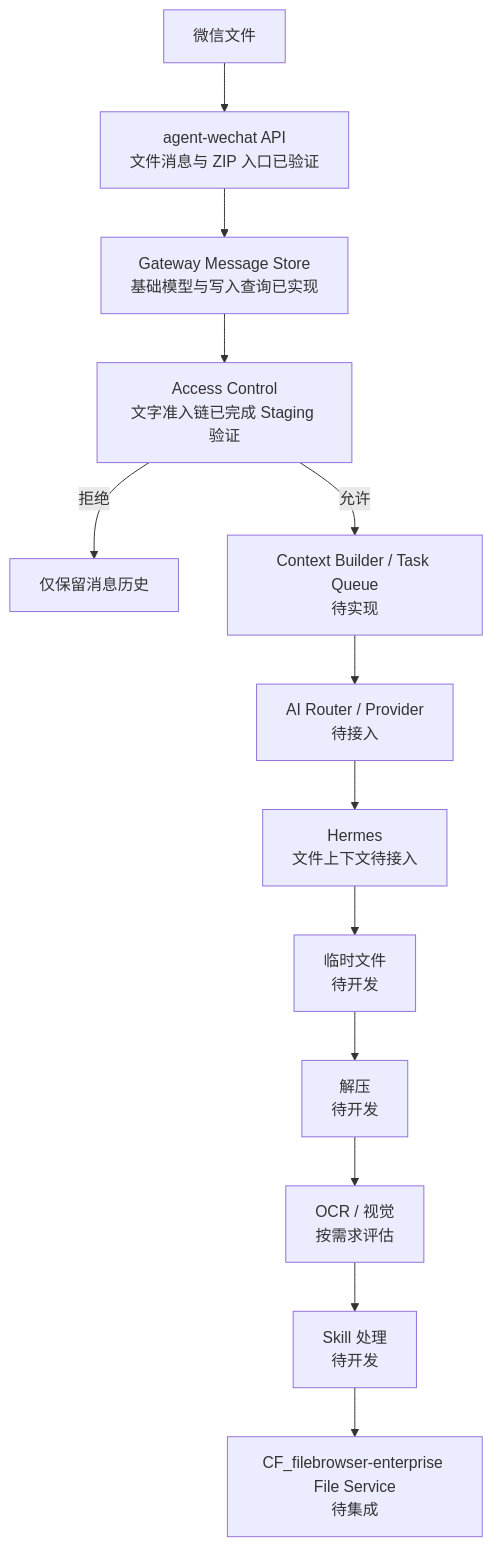
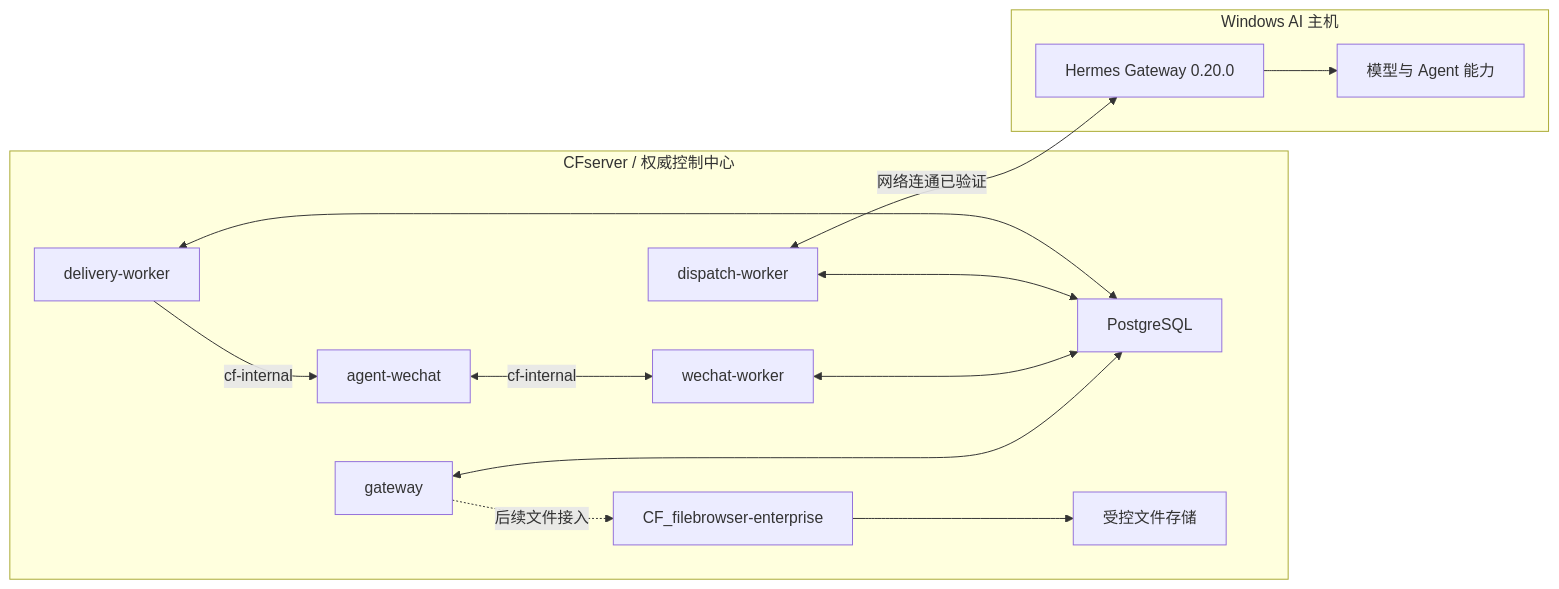
The second of 3 diagrams in 02_系统设计.md (Tangbohu09527/CF_ecommerce-automation-docs), drawn with Mermaid before and after one commit. The commit also changed other lines of this file and 15 other files, not shown here.

Commit message:
docs: sync WeChat gateway production architecture and status

````diff
--- a/02_系统设计.md
+++ b/02_系统设计.md
@@ -134,15 +35,30 @@
 ```mermaid
-flowchart TB
-    W["微信文件"] --> A["agent-wechat API<br/>文件消息与 ZIP 入口已验证"]
-    A --> M["Gateway Message Store<br/>基础模型与写入查询已实现"]
-    M --> AC["Access Control<br/>文字准入链已完成 Staging 验证"]
-    AC -->|"拒绝"| R["仅保留消息历史"]
-    AC -->|"允许"| C["Context Builder / Task Queue<br/>待实现"]
-    C --> P["AI Router / Provider<br/>待接入"]
-    P --> H["Hermes<br/>文件上下文待接入"]
-    H --> T["临时文件<br/>待开发"]
-    T --> U["解压<br/>待开发"]
-    U --> V["OCR / 视觉<br/>按需求评估"]
-    V --> S["Skill 处理<br/>待开发"]
-    S --> F["CF_filebrowser-enterprise File Service<br/>待集成"]
+flowchart LR
+    subgraph CFS["CFserver / 权威控制中心"]
+        AW["agent-wechat"]
+        GW["gateway"]
+        WW["wechat-worker"]
+        DW["dispatch-worker"]
+        DLW["delivery-worker"]
+        PG["PostgreSQL"]
+        FB["CF_filebrowser-enterprise"]
+        ST["受控文件存储"]
+
+        AW <-->|"cf-internal"| WW
+        GW <--> PG
+        WW <--> PG
+        DW <--> PG
+        DLW <--> PG
+        DLW -->|"cf-internal"| AW
+    end
+
+    subgraph AI["Windows AI 主机"]
+        H["Hermes Gateway 0.20.0"]
+        MA["模型与 Agent 能力"]
+    end
+
+    DW <-->|"网络连通已验证"| H
+    H --> MA
+    GW -.->|"后续文件接入"| FB
+    FB --> ST
 ```
````
